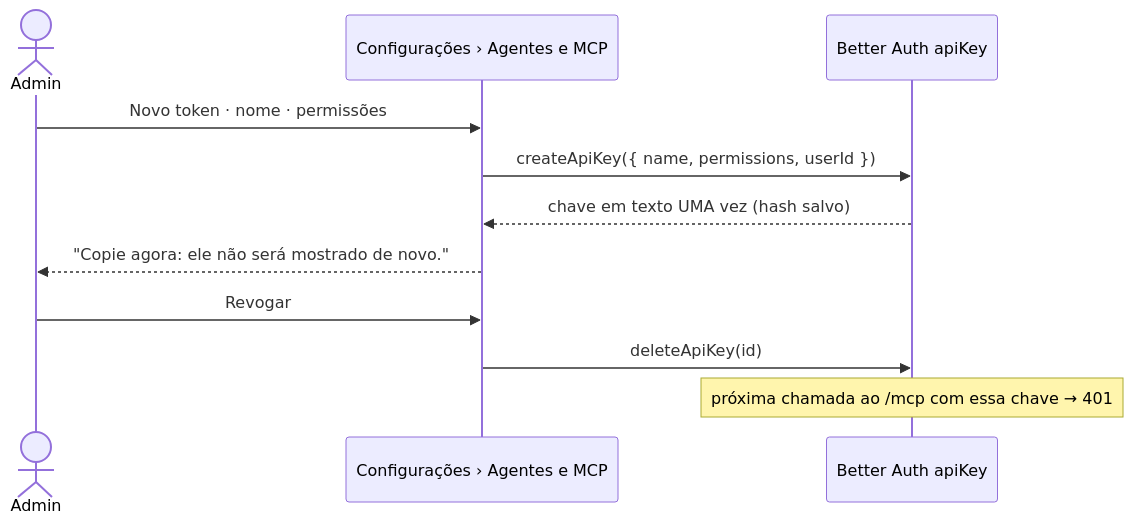
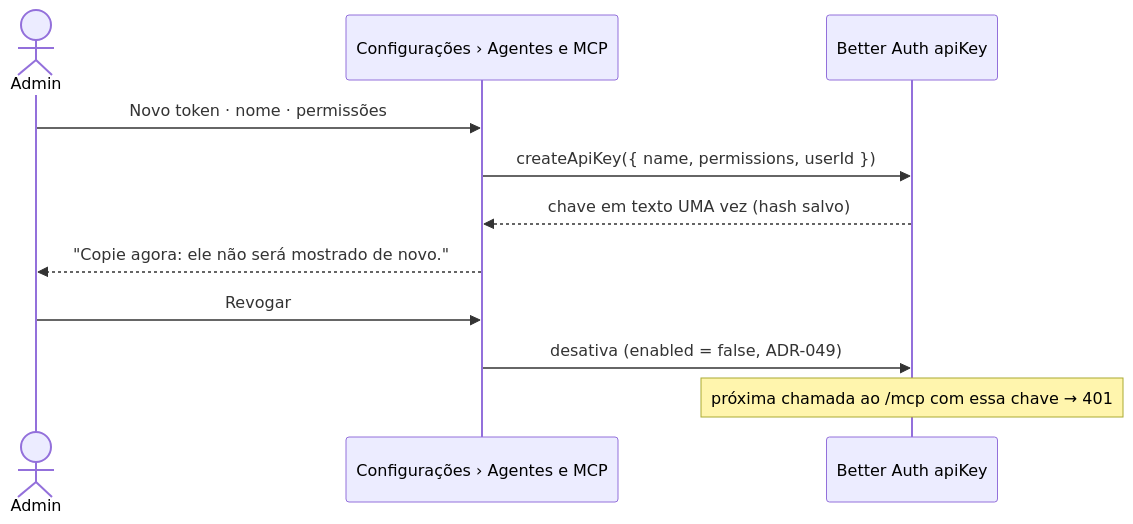
One commit to ITC-Brasil/itc-tasks changed the eighth of 9 diagrams in docs/FLOWS.md. Above: the diagram before and after it, drawn with Mermaid. The commit also changed 5 other files, not shown here.

````diff
--- a/docs/FLOWS.md
+++ b/docs/FLOWS.md
@@ -166,13 +166,13 @@
 ```mermaid
 sequenceDiagram
   actor U as Admin
   participant UI as Configurações › Agentes e MCP
   participant BA as Better Auth apiKey
   U->>UI: Novo token · nome · permissões
   UI->>BA: createApiKey({ name, permissions, userId })
   BA-->>UI: chave em texto UMA vez (hash salvo)
   UI-->>U: "Copie agora: ele não será mostrado de novo."
   U->>UI: Revogar
-  UI->>BA: deleteApiKey(id)
+  UI->>BA: desativa (enabled = false, ADR-049)
   Note over BA: próxima chamada ao /mcp com essa chave → 401
 ```
````
